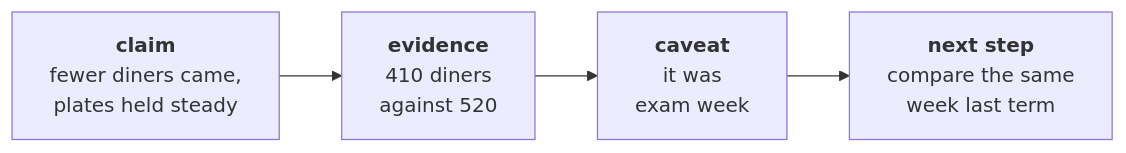
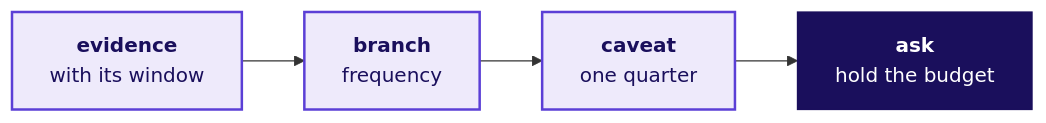
Before and after one commit to fde-academy-lab/c2-content-factory: the fifth of 10 diagrams in content/W01/D1/slides/C2_W01_D01_half2_STUDENT.md, drawn with Mermaid. The commit also changed other lines of this file and 10 other files, not shown here.

````diff
--- a/content/W01/D1/slides/C2_W01_D01_half2_STUDENT.md
+++ b/content/W01/D1/slides/C2_W01_D01_half2_STUDENT.md
@@ -144,6 +318,8 @@
 ```mermaid
 flowchart LR
-    A["<b>claim</b><br/>fewer diners came,<br/>plates held steady"] --> B["<b>evidence</b><br/>410 diners<br/>against 520"]
-    B --> C["<b>caveat</b><br/>it was<br/>exam week"]
-    C --> D["<b>next step</b><br/>compare the same<br/>week last term"]
+    A["<b>evidence</b><br/>with its window"] --> B["<b>branch</b><br/>frequency"] --> C["<b>caveat</b><br/>one quarter"] --> D["<b>ask</b><br/>hold the budget"]
+    classDef known fill:#EEEAFB,stroke:#5B3FD6,color:#1A0F5C,stroke-width:2px
+    classDef bet fill:#1A0F5C,stroke:#1A0F5C,color:#FFFFFF
+    class A,B,C known
+    class D bet
 ```
````
